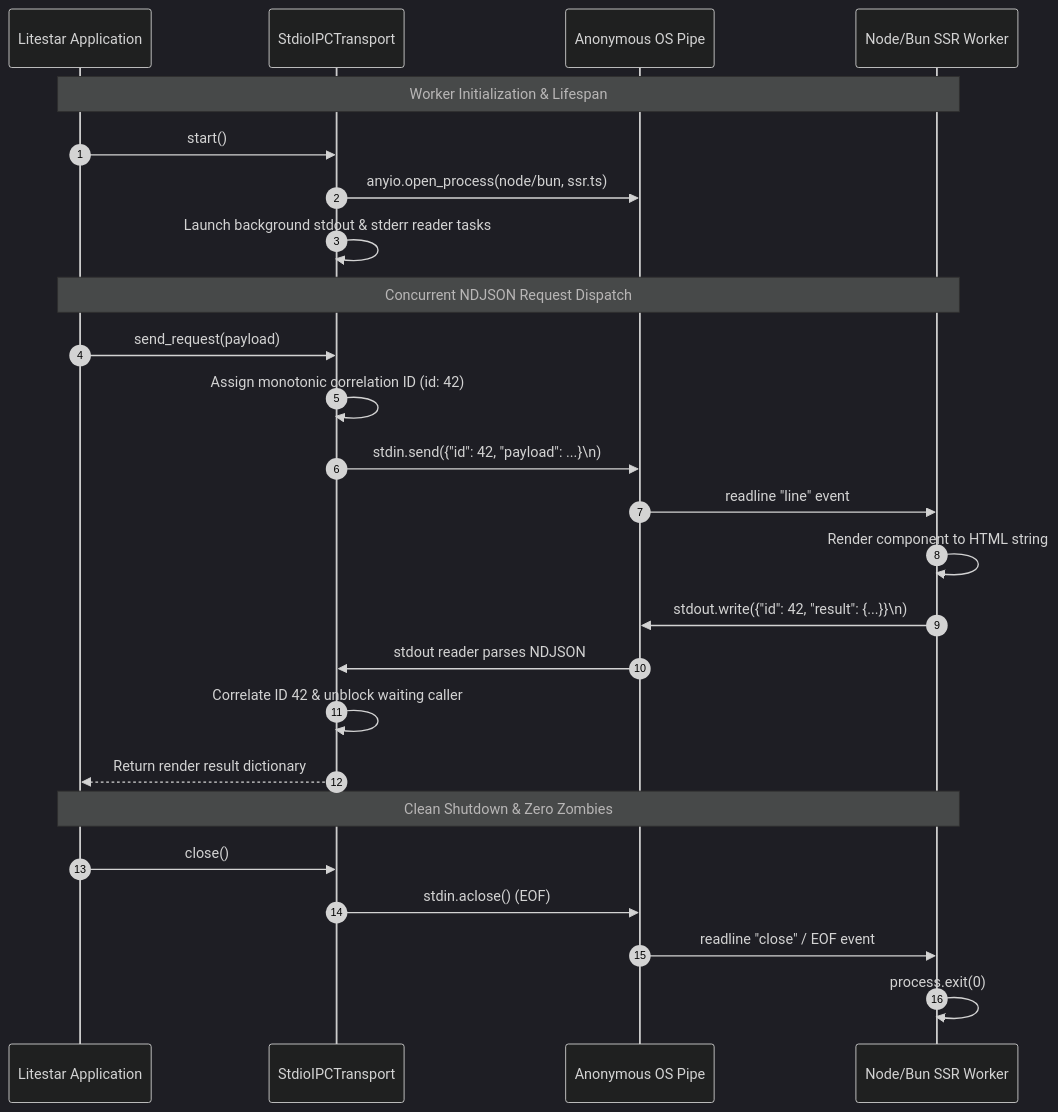
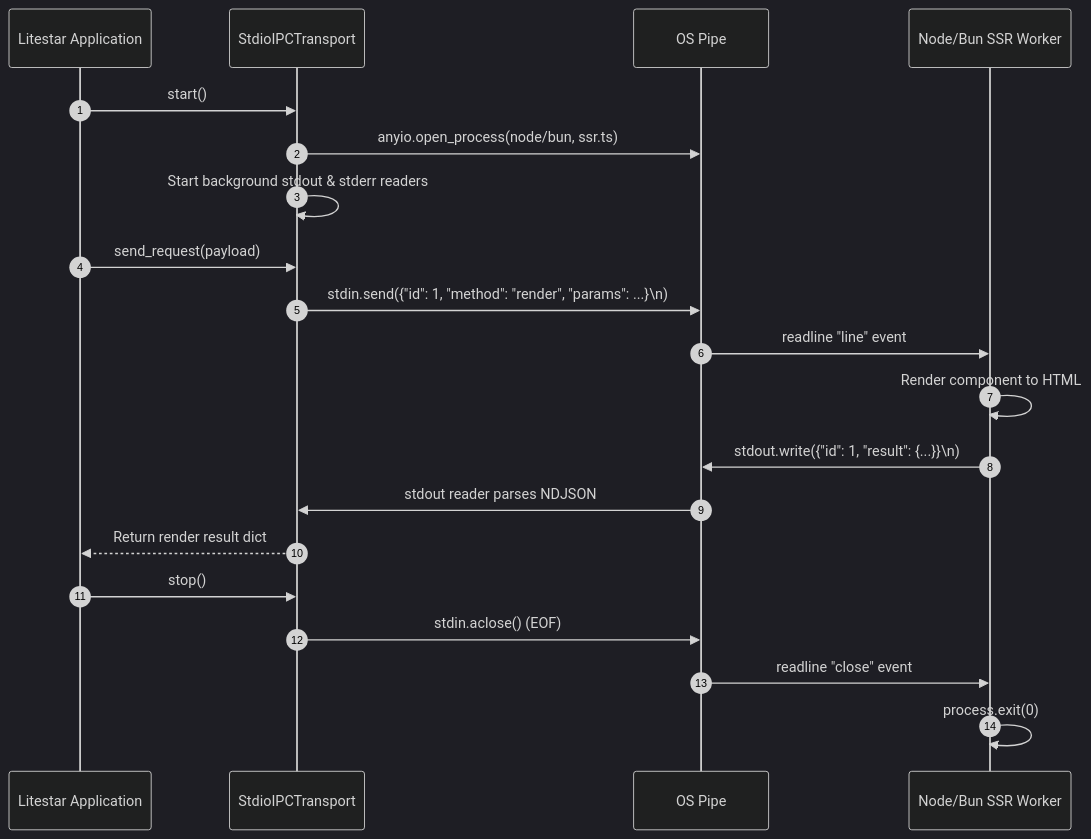
One commit to litestar-org/litestar-vite changed the diagram in docs/ssr/ipc-architecture.rst. Above: the diagram before and after it, drawn with Mermaid (dark theme). The commit also changed other lines of this file and 40 other files, not shown here.

```diff
--- a/docs/ssr/ipc-architecture.rst
+++ b/docs/ssr/ipc-architecture.rst
@@ -60,30 +55,25 @@
 .. mermaid::
 
    sequenceDiagram
        autonumber
        participant App as Litestar Application
        participant Transport as StdioIPCTransport
-       participant Pipe as Anonymous OS Pipe
+       participant Pipe as OS Pipe
        participant Worker as Node/Bun SSR Worker
 
-       Note over App, Worker: Worker Initialization & Lifespan
        App->>Transport: start()
        Transport->>Pipe: anyio.open_process(node/bun, ssr.ts)
-       Transport->>Transport: Launch background stdout & stderr reader tasks
+       Transport->>Transport: Start background stdout & stderr readers
 
-       Note over App, Worker: Concurrent NDJSON Request Dispatch
        App->>Transport: send_request(payload)
-       Transport->>Transport: Assign monotonic correlation ID (id: 42)
-       Transport->>Pipe: stdin.send({"id": 42, "payload": ...}\n)
+       Transport->>Pipe: stdin.send({"id": 1, "method": "render", "params": ...}\n)
        Pipe->>Worker: readline "line" event
-       Worker->>Worker: Render component to HTML string
-       Worker->>Pipe: stdout.write({"id": 42, "result": {...}}\n)
+       Worker->>Worker: Render component to HTML
+       Worker->>Pipe: stdout.write({"id": 1, "result": {...}}\n)
        Pipe->>Transport: stdout reader parses NDJSON
-       Transport->>Transport: Correlate ID 42 & unblock waiting caller
-       Transport-->>App: Return render result dictionary
+       Transport-->>App: Return render result dict
 
-       Note over App, Worker: Clean Shutdown & Zero Zombies
-       App->>Transport: close()
+       App->>Transport: stop()
        Transport->>Pipe: stdin.aclose() (EOF)
-       Pipe->>Worker: readline "close" / EOF event
+       Pipe->>Worker: readline "close" event
        Worker->>Worker: process.exit(0)
```
